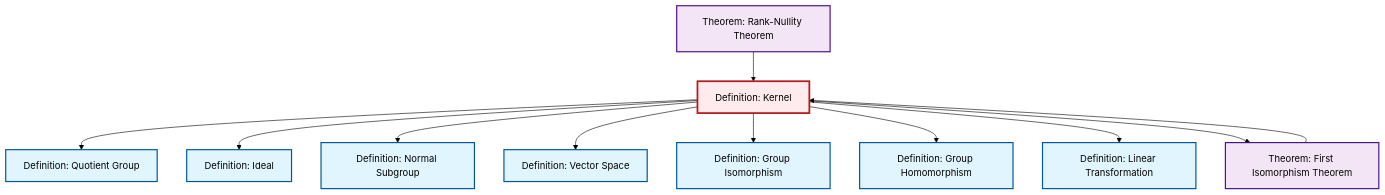
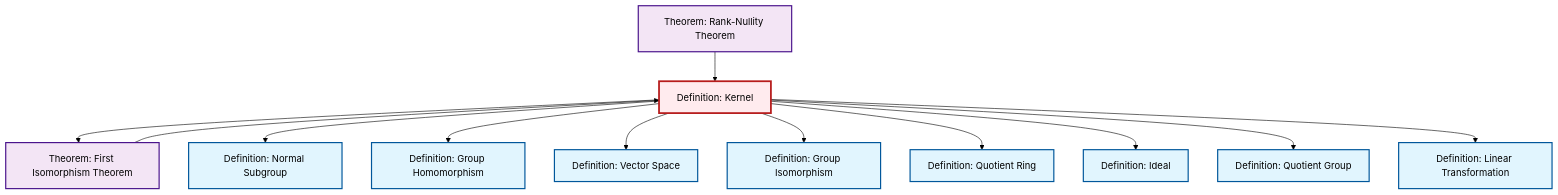
The diagram in content/ja/algebra/def-kernel.qmd (RK0429/ModernMath), drawn with Mermaid (forest theme) before and after one commit. The commit also changed 597 other files, not shown here.

````diff
--- a/content/ja/algebra/def-kernel.qmd
+++ b/content/ja/algebra/def-kernel.qmd
@@ -81,39 +81,42 @@
 ```{mermaid}
 %%| fig-cap: "Local dependency graph"
 graph TD
     classDef definition fill:#e1f5fe,stroke:#01579b,stroke-width:2px
     classDef theorem fill:#f3e5f5,stroke:#4a148c,stroke-width:2px
     classDef axiom fill:#fff3e0,stroke:#e65100,stroke-width:2px
     classDef example fill:#e8f5e9,stroke:#1b5e20,stroke-width:2px
     classDef current fill:#ffebee,stroke:#b71c1c,stroke-width:3px
+    def-ideal["Definition: Ideal"]:::definition
+    def-homomorphism["Definition: Group Homomorphism"]:::definition
+    thm-rank-nullity["Theorem: Rank-Nullity Theorem"]:::theorem
     def-vector-space["Definition: Vector Space"]:::definition
-    thm-rank-nullity["Theorem: Rank-Nullity Theorem"]:::theorem
+    def-isomorphism["Definition: Group Isomorphism"]:::definition
+    def-quotient-ring["Definition: Quotient Ring"]:::definition
+    def-kernel["Definition: Kernel"]:::definition
+    def-normal-subgroup["Definition: Normal Subgroup"]:::definition
     def-quotient-group["Definition: Quotient Group"]:::definition
-    def-ideal["Definition: Ideal"]:::definition
+    thm-first-isomorphism["Theorem: First Isomorphism Theorem"]:::theorem
     def-linear-transformation["Definition: Linear Transformation"]:::definition
-    def-isomorphism["Definition: Group Isomorphism"]:::definition
-    def-kernel["Definition: Kernel"]:::definition
-    thm-first-isomorphism["Theorem: First Isomorphism Theorem"]:::theorem
-    def-homomorphism["Definition: Group Homomorphism"]:::definition
-    def-normal-subgroup["Definition: Normal Subgroup"]:::definition
-    def-kernel --> def-quotient-group
-    thm-rank-nullity --> def-kernel
-    thm-first-isomorphism --> def-kernel
-    def-kernel --> def-ideal
+    def-kernel --> thm-first-isomorphism
     def-kernel --> def-normal-subgroup
+    def-kernel --> def-homomorphism
     def-kernel --> def-vector-space
     def-kernel --> def-isomorphism
-    def-kernel --> def-homomorphism
+    def-kernel --> def-quotient-ring
+    def-kernel --> def-ideal
+    thm-first-isomorphism --> def-kernel
+    def-kernel --> def-quotient-group
     def-kernel --> def-linear-transformation
-    def-kernel --> thm-first-isomorphism
+    thm-rank-nullity --> def-kernel
     class def-kernel current
+    click def-ideal "def-ideal.html" "Definition: Idealへ"
+    click def-homomorphism "def-homomorphism.html" "Definition: Group Homomorphismへ"
+    click thm-rank-nullity "thm-rank-nullity.html" "Theorem: Rank-Nullity Theoremへ"
     click def-vector-space "def-vector-space.html" "Definition: Vector Spaceへ"
-    click thm-rank-nullity "thm-rank-nullity.html" "Theorem: Rank-Nullity Theoremへ"
+    click def-isomorphism "def-isomorphism.html" "Definition: Group Isomorphismへ"
+    click def-quotient-ring "def-quotient-ring.html" "Definition: Quotient Ringへ"
+    click def-normal-subgroup "def-normal-subgroup.html" "Definition: Normal Subgroupへ"
     click def-quotient-group "def-quotient-group.html" "Definition: Quotient Groupへ"
-    click def-ideal "def-ideal.html" "Definition: Idealへ"
+    click thm-first-isomorphism "thm-first-isomorphism.html" "Theorem: First Isomorphism Theoremへ"
     click def-linear-transformation "def-linear-transformation.html" "Definition: Linear Transformationへ"
-    click def-isomorphism "def-isomorphism.html" "Definition: Group Isomorphismへ"
-    click thm-first-isomorphism "thm-first-isomorphism.html" "Theorem: First Isomorphism Theoremへ"
-    click def-homomorphism "def-homomorphism.html" "Definition: Group Homomorphismへ"
-    click def-normal-subgroup "def-normal-subgroup.html" "Definition: Normal Subgroupへ"
 ```
````
